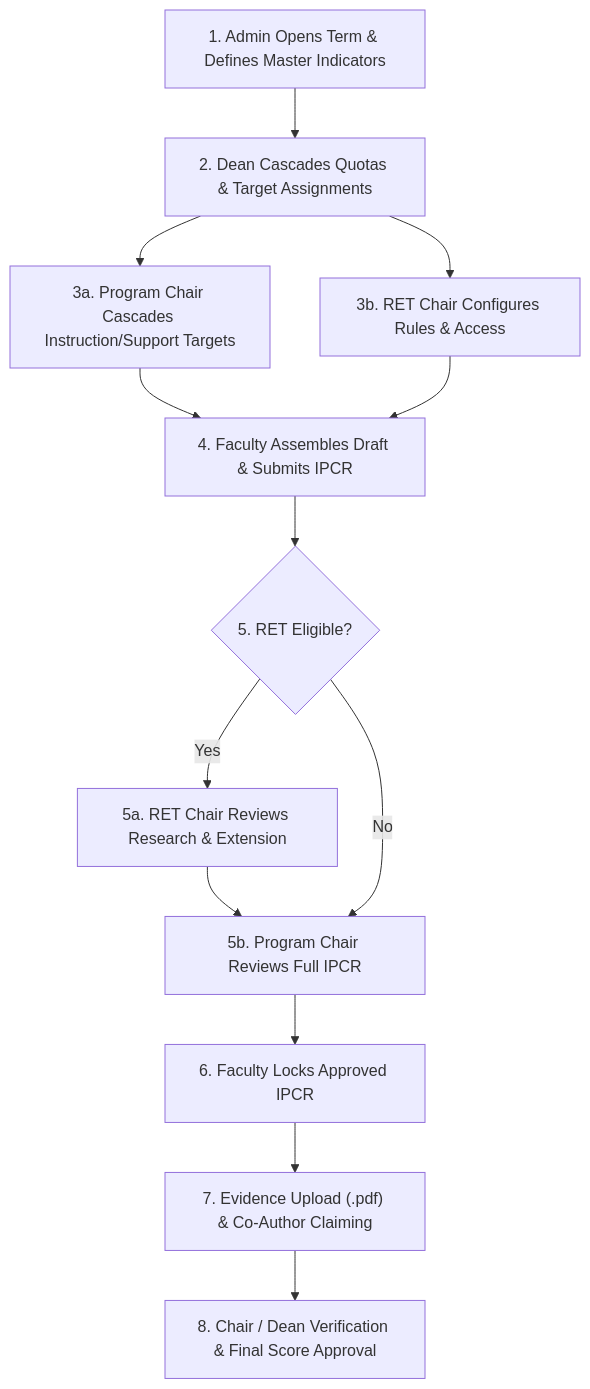
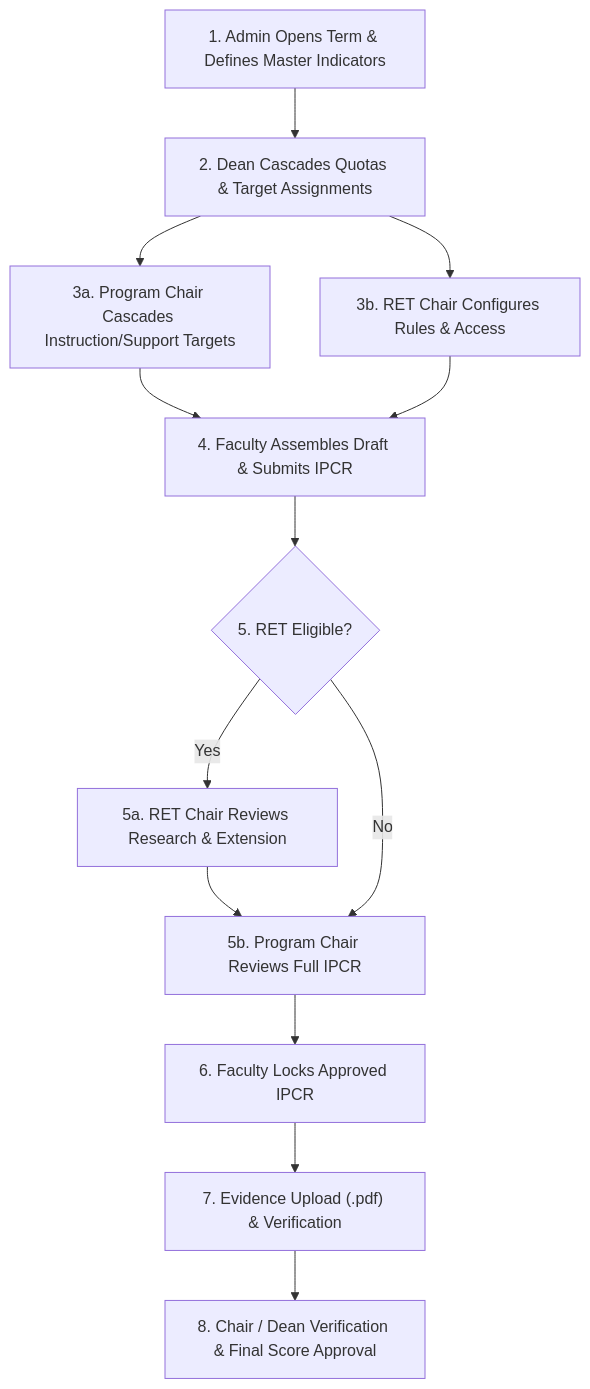
Before and after one commit to ephemeree/Management-PCR: the diagram in flow.md, drawn with Mermaid. The commit also changed other lines of this file and 25 other files, not shown here.

First line of the commit message:
Refactor: enforce schema integrity, drop 5 unused tables, remove co-authoring

````diff
--- a/flow.md
+++ b/flow.md
@@ -9,15 +9,15 @@
 ```mermaid
 graph TD
     A["1. Admin Opens Term & Defines Master Indicators"] --> B["2. Dean Cascades Quotas & Target Assignments"]
     B --> C1["3a. Program Chair Cascades Instruction/Support Targets"]
     B --> C2["3b. RET Chair Configures Rules & Access"]
     C1 --> D["4. Faculty Assembles Draft & Submits IPCR"]
     C2 --> D
     D --> E1{"5. RET Eligible?"}
     E1 -- Yes --> E2["5a. RET Chair Reviews Research & Extension"]
     E2 --> E3["5b. Program Chair Reviews Full IPCR"]
     E1 -- No --> E3
     E3 --> F["6. Faculty Locks Approved IPCR"]
-    F --> G["7. Evidence Upload (.pdf) & Co-Author Claiming"]
+    F --> G["7. Evidence Upload (.pdf) & Verification"]
     G --> H["8. Chair / Dean Verification & Final Score Approval"]
 ```
````
